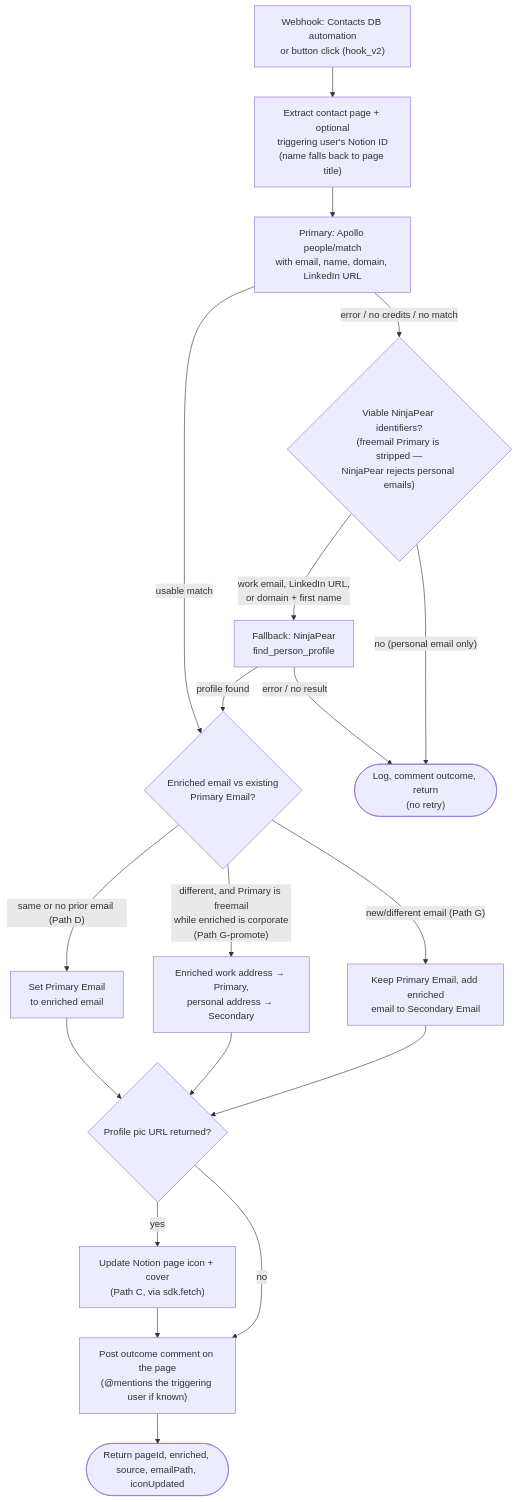
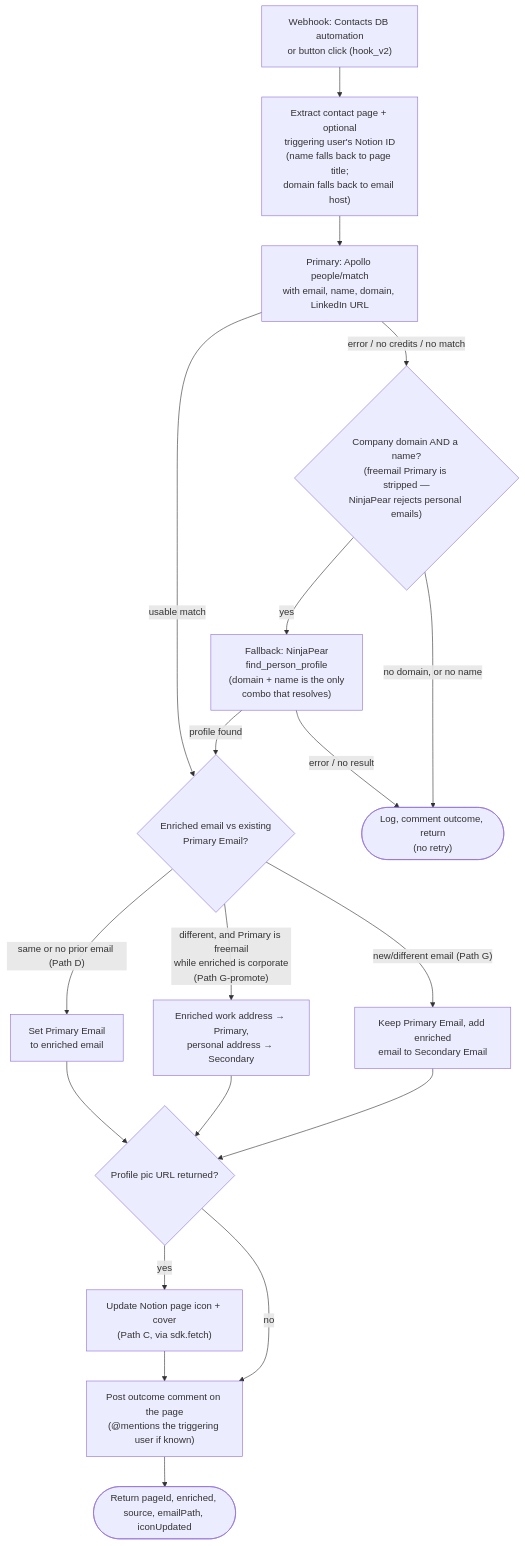
One commit to work-flowers/zapier-sdk changed the diagram in enrich-contact-records/README.md. Above: the diagram before and after it, drawn with Mermaid. The commit also changed other lines of this file and 3 other files, not shown here.

First line of the commit message:
fix: route NinjaPear lookups on domain + name, the only combo that resolves

````diff
--- a/enrich-contact-records/README.md
+++ b/enrich-contact-records/README.md
@@ -89,20 +103,20 @@
 ```mermaid
 flowchart TD
-    A["Webhook: Contacts DB automation<br/>or button click (hook_v2)"] --> B["Extract contact page + optional<br/>triggering user's Notion ID<br/>(name falls back to page title)"]
+    A["Webhook: Contacts DB automation<br/>or button click (hook_v2)"] --> B["Extract contact page + optional<br/>triggering user's Notion ID<br/>(name falls back to page title;<br/>domain falls back to email host)"]
     B --> AP["Primary: Apollo people/match<br/>with email, name, domain, LinkedIn URL"]
     AP -- "usable match" --> E
-    AP -- "error / no credits / no match" --> NPG{"Viable NinjaPear identifiers?<br/>(freemail Primary is stripped —<br/>NinjaPear rejects personal emails)"}
-    NPG -- "work email, LinkedIn URL,<br/>or domain + first name" --> NP["Fallback: NinjaPear<br/>find_person_profile"]
-    NPG -- "no (personal email only)" --> D
+    AP -- "error / no credits / no match" --> NPG{"Company domain AND a name?<br/>(freemail Primary is stripped —<br/>NinjaPear rejects personal emails)"}
+    NPG -- "yes" --> NP["Fallback: NinjaPear<br/>find_person_profile<br/>(domain + name is the only<br/>combo that resolves)"]
+    NPG -- "no domain, or no name" --> D
     NP -- "profile found" --> E{"Enriched email vs existing<br/>Primary Email?"}
     NP -- "error / no result" --> D(["Log, comment outcome, return<br/>(no retry)"])
     E -- "same or no prior email (Path D)" --> F["Set Primary Email<br/>to enriched email"]
     E -- "different, and Primary is freemail<br/>while enriched is corporate<br/>(Path G-promote)" --> GP["Enriched work address → Primary,<br/>personal address → Secondary"]
     E -- "new/different email (Path G)" --> G["Keep Primary Email, add enriched<br/>email to Secondary Email"]
     F --> H{"Profile pic URL returned?"}
     GP --> H
     G --> H
     H -- yes --> I["Update Notion page icon + cover<br/>(Path C, via sdk.fetch)"] --> J
     H -- no --> J["Post outcome comment on the page<br/>(@mentions the triggering user if known)"]
     J --> K(["Return pageId, enriched, source, emailPath, iconUpdated"])
 ```
````
